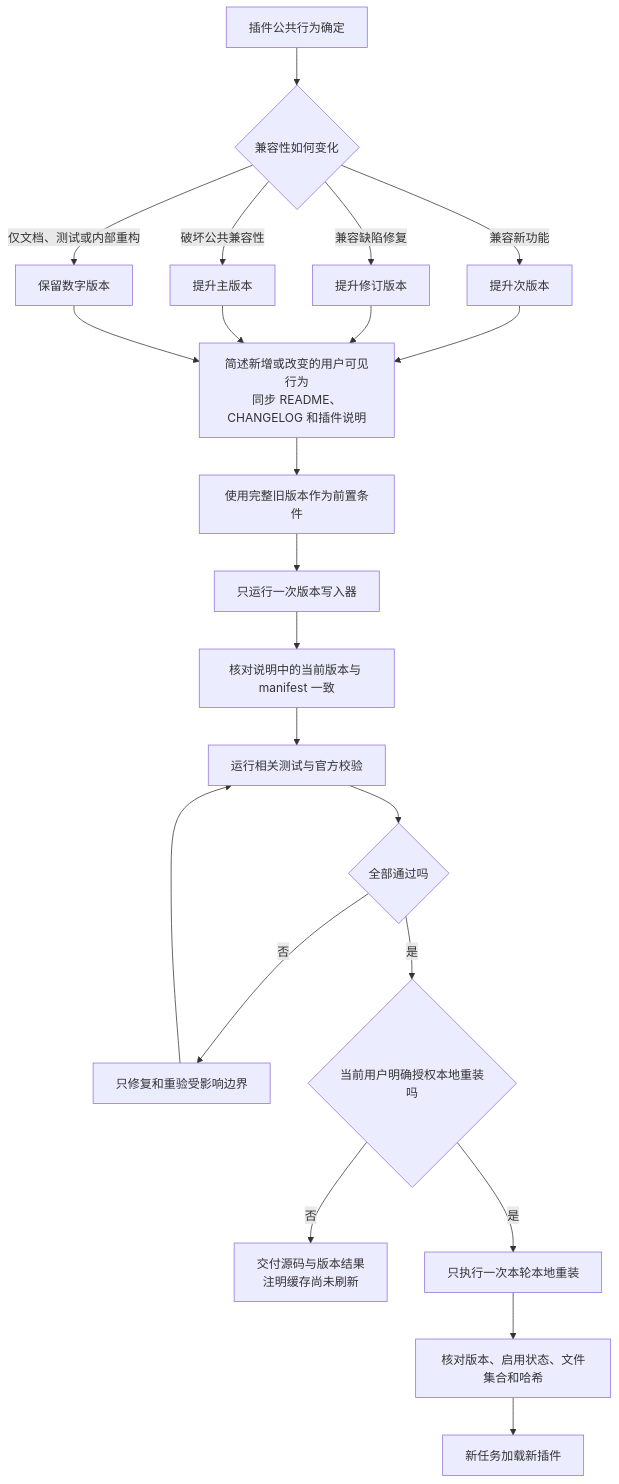
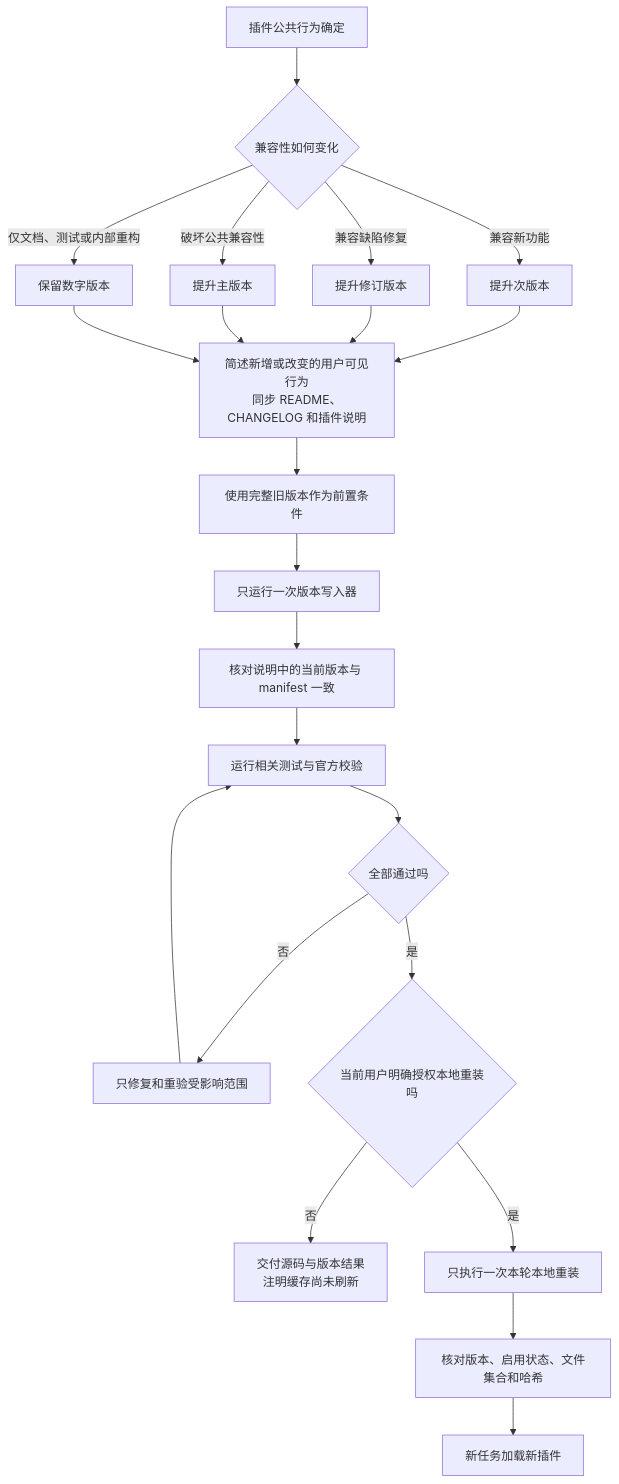
Diagram 13 of 13 in skills/lean-stack/references/flowcharts-zh.md (Lang45/codex-lean-stack), drawn with Mermaid before and after one commit. The commit also changed other lines of this file and 24 other files, not shown here.

````diff
--- a/skills/lean-stack/references/flowcharts-zh.md
+++ b/skills/lean-stack/references/flowcharts-zh.md
@@ -685,24 +688,24 @@
 ```mermaid
 flowchart TD
     A[插件公共行为确定] --> B{兼容性如何变化}
     B -->|兼容新功能| C[提升次版本]
     B -->|兼容缺陷修复| D[提升修订版本]
     B -->|破坏公共兼容性| E[提升主版本]
     B -->|仅文档、测试或内部重构| F[保留数字版本]
     C --> G0[简述新增或改变的用户可见行为<br/>同步 README、CHANGELOG 和插件说明]
     D --> G0
     E --> G0
     F --> G0
     G0 --> G[使用完整旧版本作为前置条件]
     G --> H[只运行一次版本写入器]
     H --> H1[核对说明中的当前版本与 manifest 一致]
     H1 --> I[运行相关测试与官方校验]
     I --> J{全部通过吗}
-    J -->|否| K[只修复和重验受影响边界]
+    J -->|否| K[只修复和重验受影响范围]
     K --> I
     J -->|是| L0{当前用户明确授权本地重装吗}
     L0 -->|否| L1[交付源码与版本结果<br/>注明缓存尚未刷新]
     L0 -->|是| L[只执行一次本轮本地重装]
     L --> M[核对版本、启用状态、文件集合和哈希]
     M --> N[新任务加载新插件]
 ```
````
